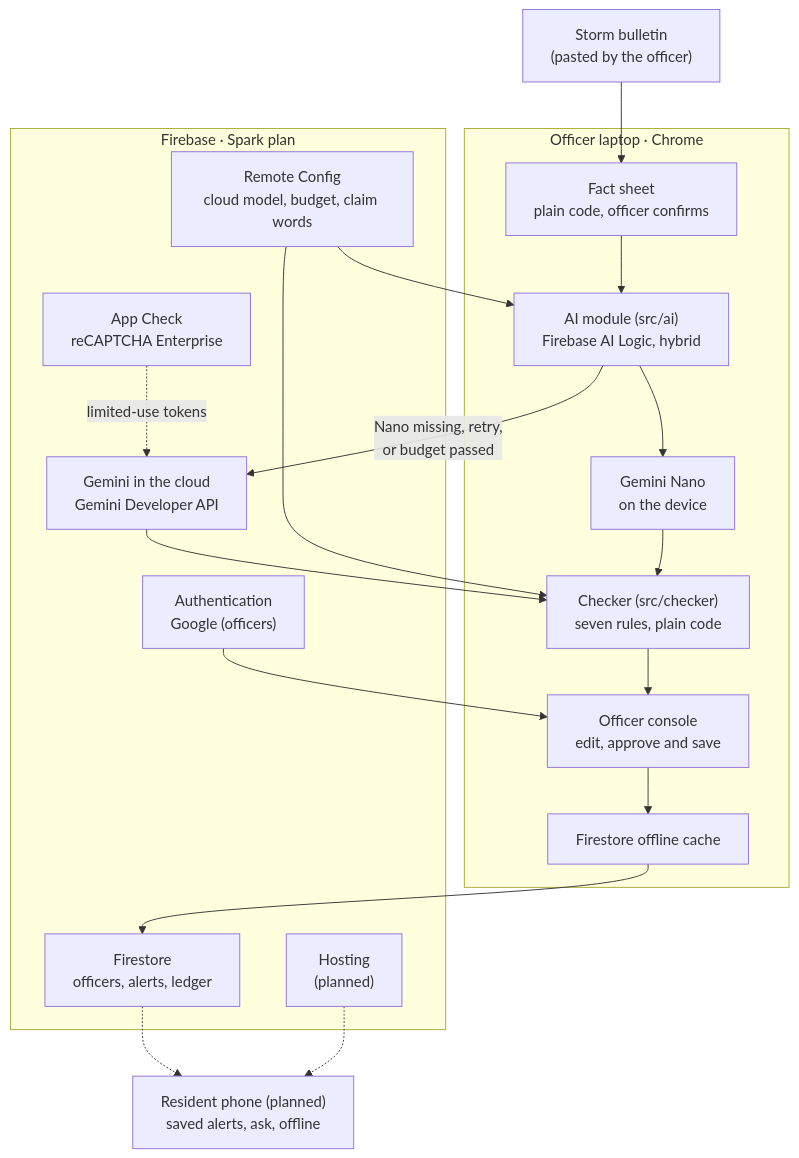
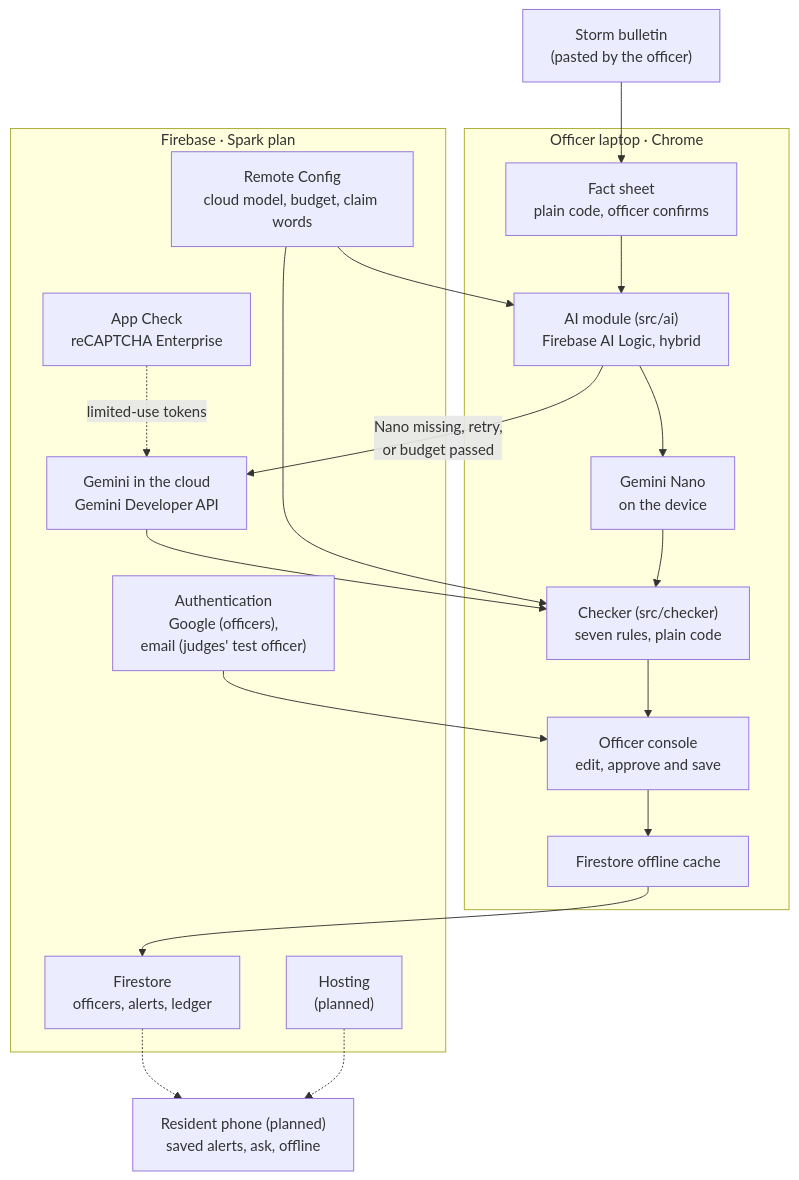
The diagram in docs/architecture.md (pimcabanlit/babala), drawn with Mermaid before and after one commit. The commit also changed other lines of this file and 13 other files, not shown here.

First line of the commit message:
Add a test officer login for judges

````diff
--- a/docs/architecture.md
+++ b/docs/architecture.md
@@ -9,40 +9,40 @@
 ```mermaid
 flowchart TB
     bulletin["Storm bulletin<br/>(pasted by the officer)"]
 
     subgraph laptop["Officer laptop · Chrome"]
         facts["Fact sheet<br/>plain code, officer confirms"]
         ai["AI module (src/ai)<br/>Firebase AI Logic, hybrid"]
         nano["Gemini Nano<br/>on the device"]
         checker["Checker (src/checker)<br/>seven rules, plain code"]
         console["Officer console<br/>edit, approve and save"]
         cache["Firestore offline cache"]
     end
 
     subgraph firebase["Firebase · Spark plan"]
         cloud["Gemini in the cloud<br/>Gemini Developer API"]
         appcheck["App Check<br/>reCAPTCHA Enterprise"]
-        auth["Authentication<br/>Google (officers)"]
+        auth["Authentication<br/>Google (officers),<br/>email (judges' test officer)"]
         rc["Remote Config<br/>cloud model, budget, claim words"]
         fs["Firestore<br/>officers, alerts, ledger"]
         hosting["Hosting<br/>(planned)"]
     end
 
     phone["Resident phone (planned)<br/>saved alerts, ask, offline"]
 
     bulletin --> facts
     facts --> ai
     ai --> nano
     ai -->|"Nano missing, retry,<br/>or budget passed"| cloud
     appcheck -.->|"limited-use tokens"| cloud
     nano --> checker
     cloud --> checker
     checker --> console
     rc --> ai
     rc --> checker
     auth --> console
     console --> cache
     cache --> fs
     fs -.-> phone
     hosting -.-> phone
 ```
````
